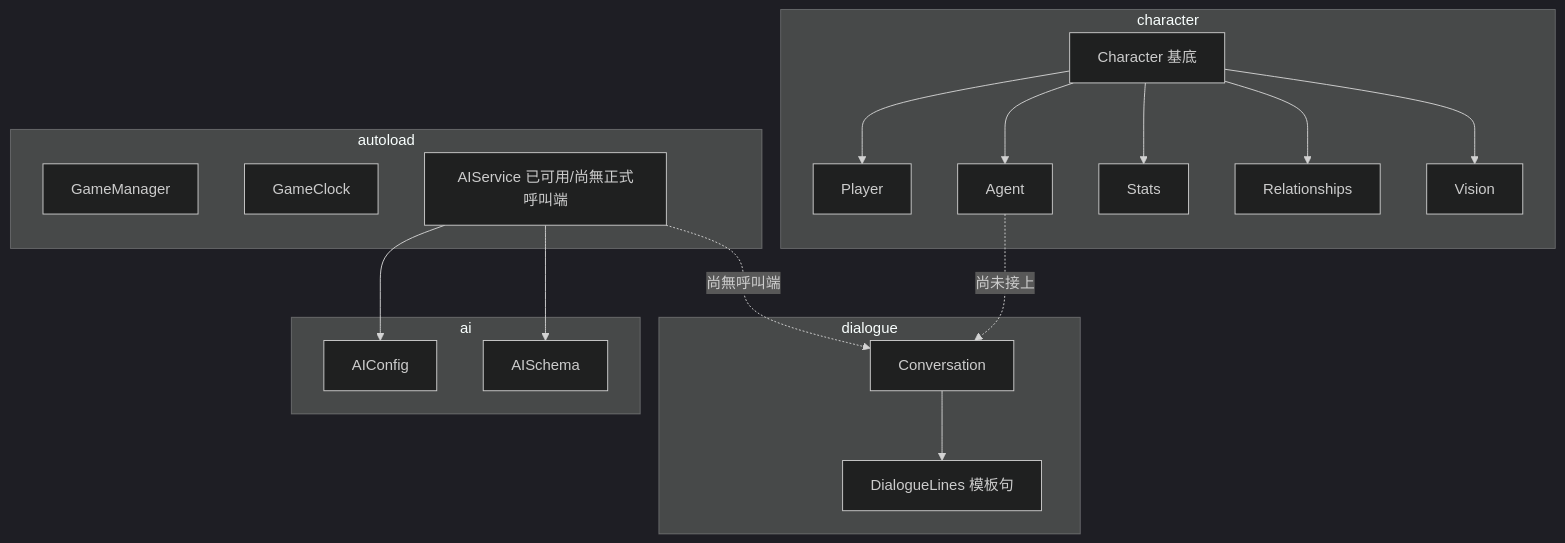
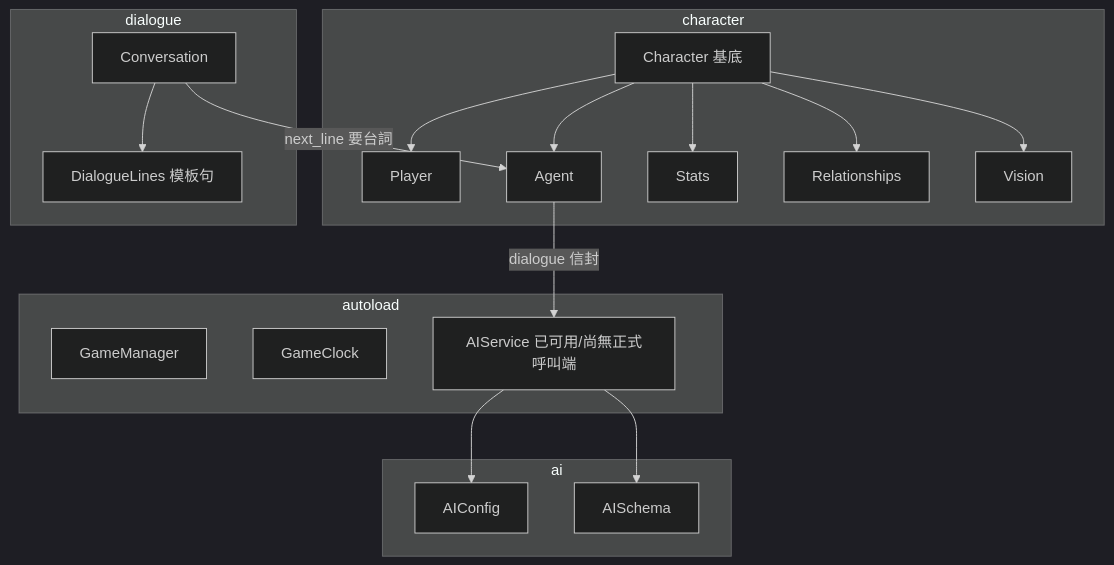
Before and after one commit to adez360/Ailley: the fifth of 7 diagrams in note/規格書/13_系統分析與系統設計.md, drawn with Mermaid (dark theme). The commit also changed other lines of this file and 4 other files, not shown here.

````diff
--- a/note/規格書/13_系統分析與系統設計.md
+++ b/note/規格書/13_系統分析與系統設計.md
@@ -242,24 +242,24 @@
 ```mermaid
 graph TB
     subgraph autoload
         GM[GameManager]
         GC[GameClock]
         AIS[AIService 已可用/尚無正式呼叫端]
     end
     subgraph character
         Char[Character 基底] --> Player
         Char --> Agent
         Char --> Stats
         Char --> Relationships
         Char --> Vision
     end
     subgraph dialogue
         Conv[Conversation] --> DL[DialogueLines 模板句]
     end
     subgraph ai
         AIS --> AIConfig
         AIS --> AISchema
     end
-    Agent -.尚未接上.-> Conv
-    AIS -.尚無呼叫端.-> Conv
+    Conv -->|next_line 要台詞| Agent
+    Agent -->|dialogue 信封| AIS
 ```
````
